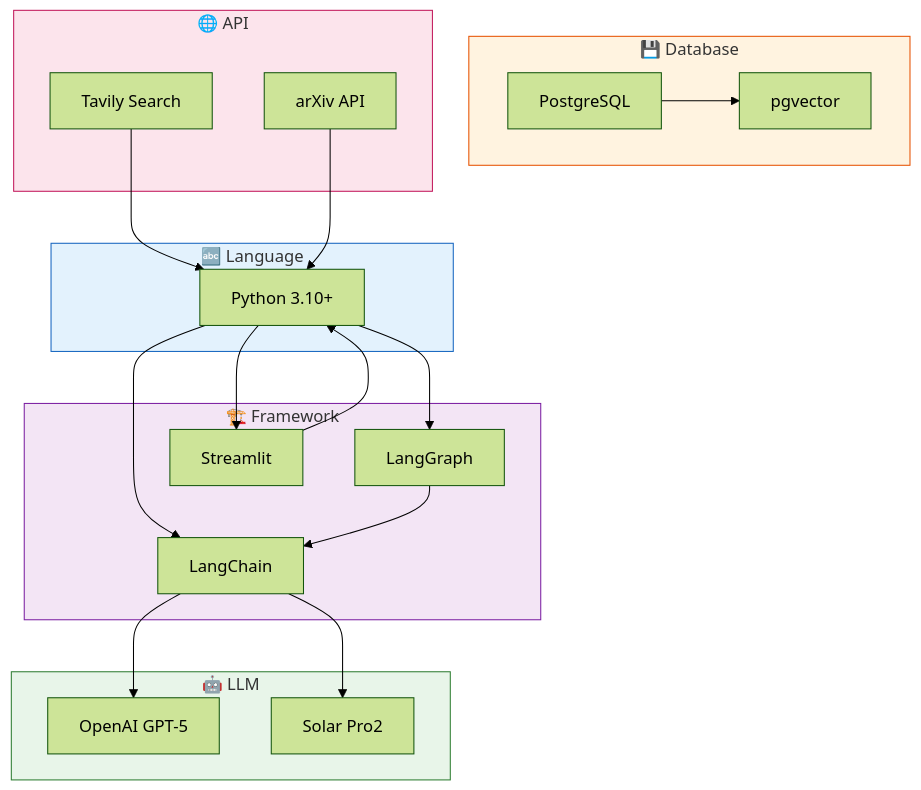
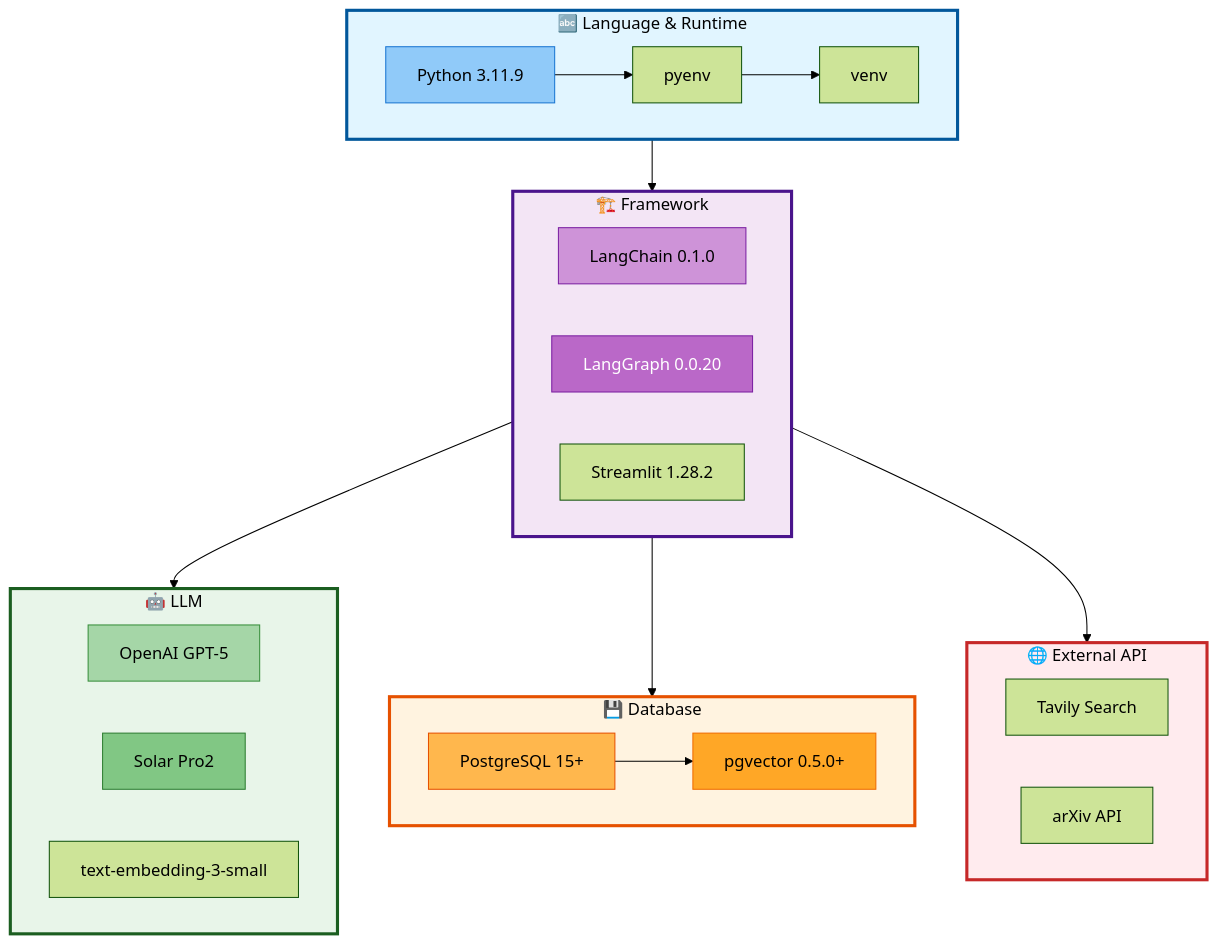
The eighth of 8 diagrams in docs/PPT/02_프로젝트_목표_및_설계.md (AIBootcamp14/langchainproject-new-langchainproject_5), drawn with Mermaid (forest theme) before and after one commit. The commit also changed other lines of this file and 5 other files, not shown here.

First line of the commit message:
style(docs): PPT 문서에 mermaid 스타일 가이드 적용

````diff
--- a/docs/PPT/02_프로젝트_목표_및_설계.md
+++ b/docs/PPT/02_프로젝트_목표_및_설계.md
@@ -421,40 +577,58 @@
 ```mermaid
 graph TB
-    subgraph Language["🔤 Language"]
-        Python[Python 3.10+]
+    subgraph Language["🔤 Language & Runtime"]
+        direction LR
+        Python[Python 3.11.9]
+        PYENV[pyenv]
+        VENV[venv]
+        Python --> PYENV --> VENV
     end
 
     subgraph Framework["🏗️ Framework"]
-        LC[LangChain]
-        LG[LangGraph]
-        ST[Streamlit]
+        direction LR
+        LC[LangChain 0.1.0]
+        LG[LangGraph 0.0.20]
+        ST[Streamlit 1.28.2]
     end
 
     subgraph LLM_["🤖 LLM"]
+        direction LR
         OAI[OpenAI GPT-5]
         SOL[Solar Pro2]
+        EMB[text-embedding-3-small]
     end
 
     subgraph Database["💾 Database"]
-        PG[PostgreSQL]
-        VEC[pgvector]
+        direction LR
+        PG[PostgreSQL 15+]
+        VEC[pgvector 0.5.0+]
+        PG --> VEC
     end
 
-    subgraph API["🌐 API"]
+    subgraph API["🌐 External API"]
+        direction LR
         TAV[Tavily Search]
         ARX[arXiv API]
     end
 
-    Python --> LC & LG & ST
-    LC --> OAI & SOL
-    LG --> LC
-    ST --> Python
-    PG --> VEC
-    TAV & ARX --> Python
+    Language --> Framework
+    Framework --> LLM_
+    Framework --> Database
+    Framework --> API
 
-    style Language fill:#e3f2fd,stroke:#1565c0
-    style Framework fill:#f3e5f5,stroke:#7b1fa2
-    style LLM_ fill:#e8f5e9,stroke:#2e7d32
-    style Database fill:#fff3e0,stroke:#e65100
-    style API fill:#fce4ec,stroke:#c2185b
+    %% Subgraph 스타일
+    style Language fill:#e1f5ff,stroke:#01579b,stroke-width:3px,color:#000
+    style Framework fill:#f3e5f5,stroke:#4a148c,stroke-width:3px,color:#000
+    style LLM_ fill:#e8f5e9,stroke:#1b5e20,stroke-width:3px,color:#000
+    style Database fill:#fff3e0,stroke:#e65100,stroke-width:3px,color:#000
+    style API fill:#ffebee,stroke:#c62828,stroke-width:3px,color:#000
+
+    %% 노드 스타일
+    style Python fill:#90caf9,stroke:#1976d2,color:#000
+    style LC fill:#ce93d8,stroke:#7b1fa2,color:#000
+    style LG fill:#ba68c8,stroke:#7b1fa2,color:#fff
+    style OAI fill:#a5d6a7,stroke:#388e3c,color:#000
+    style SOL fill:#81c784,stroke:#2e7d32,color:#000
+    style PG fill:#ffb74d,stroke:#e65100,color:#000
+    style VEC fill:#ffa726,stroke:#ef6c00,color:#000
 ```
````
